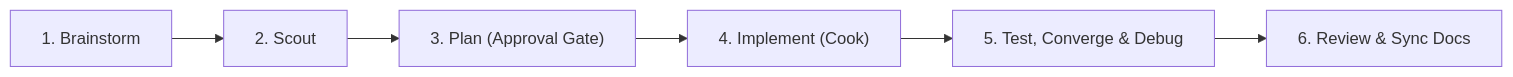
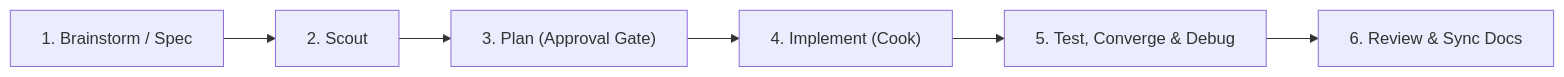
The second of 2 diagrams in README.md (truong-newbie/Agent_Kit_Impl), drawn with Mermaid before and after one commit. The commit also changed other lines of this file and 36 other files, not shown here.

````diff
--- a/README.md
+++ b/README.md
@@ -155,8 +155,8 @@
 ```mermaid
 flowchart LR
-    A["1. Brainstorm"] --> B["2. Scout"]
+    A["1. Brainstorm / Spec"] --> B["2. Scout"]
     B --> C["3. Plan (Approval Gate)"]
     C --> D["4. Implement (Cook)"]
     D --> E["5. Test, Converge & Debug"]
     E --> F["6. Review & Sync Docs"]
 ```
````
